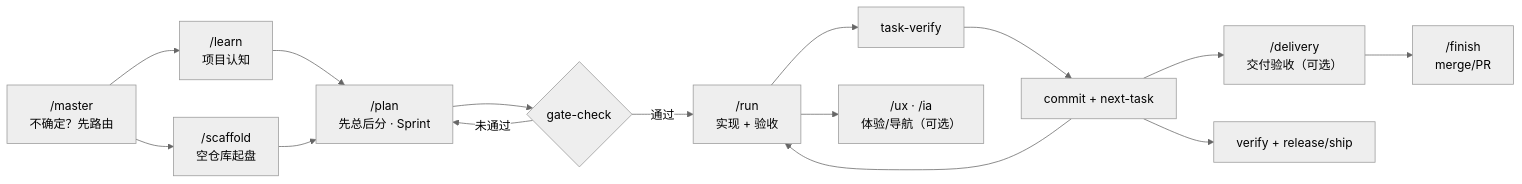
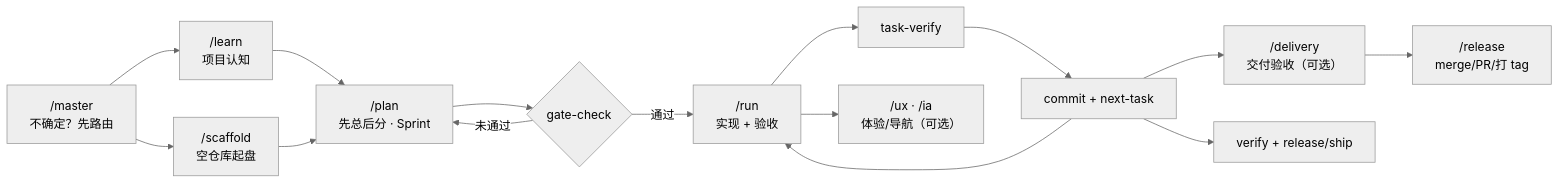
Before and after one commit to wangqiqi/cursor-ai: the diagram in README.md, drawn with Mermaid (neutral theme). The commit also changed other lines of this file and 66 other files, not shown here.

First line of the commit message:
release: Super Cursor slash tiers, finish→release, and command sync

````diff
--- a/README.md
+++ b/README.md
@@ -69,17 +69,17 @@
 ```mermaid
 flowchart LR
   A["/master<br/>不确定？先路由"] --> B["/scaffold<br/>空仓库起盘"]
   A --> C["/learn<br/>项目认知"]
   C --> D["/plan<br/>先总后分 · Sprint"]
   B --> D
   D --> E{"gate-check"}
   E -->|通过| F["/run<br/>实现 + 验收"]
   E -->|未通过| D
   F --> G["task-verify"]
   G --> H["commit + next-task"]
   H --> F
   F --> U["/ux · /ia<br/>体验/导航（可选）"]
   H --> J["/delivery<br/>交付验收（可选）"]
-  J --> K["/finish<br/>merge/PR"]
+  J --> K["/release<br/>merge/PR/打 tag"]
   H --> I["verify + release/ship"]
 ```
````
